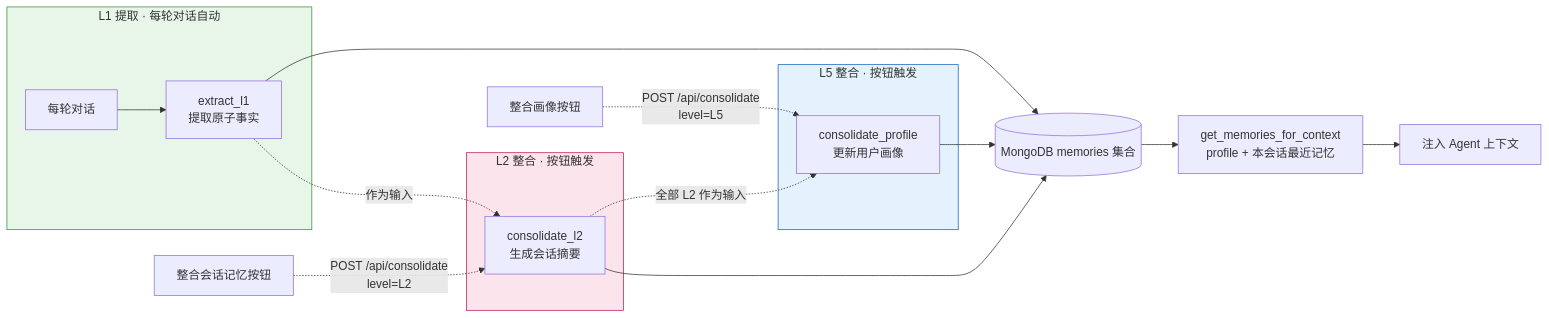
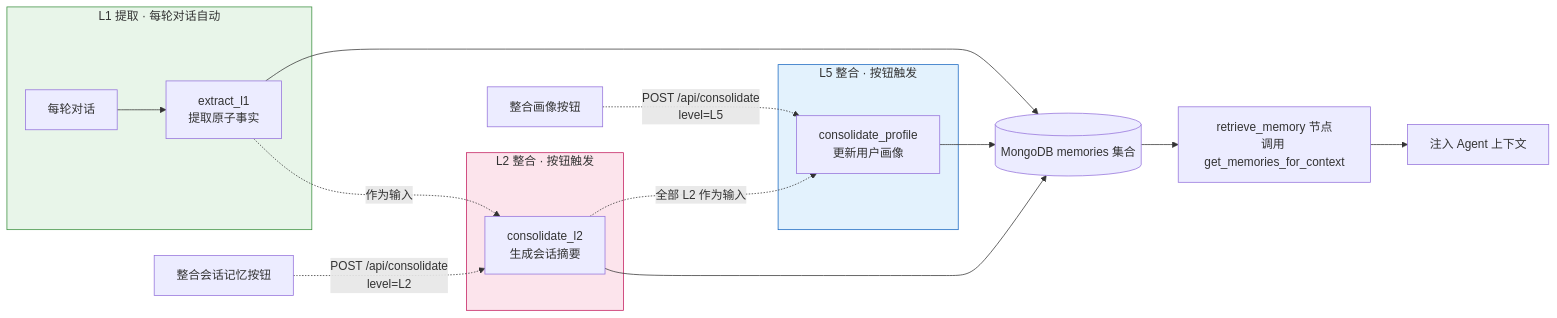
Before and after one commit to 00-DS/Agentic-Search: the diagram in 任务文档/04-TMT记忆系统.md, drawn with Mermaid. The commit also changed other lines of this file, not shown here.

Commit message:
docs(04): 修复 review——节点名对齐 02 的 retrieve_memory、措辞政策漏检、端点数表述

````diff
--- a/任务文档/04-TMT记忆系统.md
+++ b/任务文档/04-TMT记忆系统.md
@@ -19,24 +19,24 @@
 ```mermaid
 graph LR
     subgraph L1["L1 提取 · 每轮对话自动"]
         Dialog["每轮对话"] --> Extract["extract_l1<br/>提取原子事实"]
     end
     Extract --> Store[("MongoDB memories 集合")]
     subgraph L2["L2 整合 · 按钮触发"]
         Consolidate["consolidate_l2<br/>生成会话摘要"]
     end
     subgraph L5["L5 整合 · 按钮触发"]
         Profile["consolidate_profile<br/>更新用户画像"]
     end
     ButtonA["整合会话记忆按钮"] -.->|"POST /api/consolidate<br/>level=L2"| Consolidate
     ButtonB["整合画像按钮"] -.->|"POST /api/consolidate<br/>level=L5"| Profile
     Extract -.->|"作为输入"| Consolidate
     Consolidate -.->|"全部 L2 作为输入"| Profile
     Consolidate --> Store
     Profile --> Store
-    Store --> Retrieve["get_memories_for_context<br/>profile + 本会话最近记忆"]
+    Store --> Retrieve["retrieve_memory 节点<br/>调用 get_memories_for_context"]
     Retrieve --> AgentCtx["注入 Agent 上下文"]
     style L1 fill:#e8f5e9,stroke:#388e3c
     style L2 fill:#fce4ec,stroke:#c2185b
     style L5 fill:#e3f2fd,stroke:#1565c0
 ```
````
